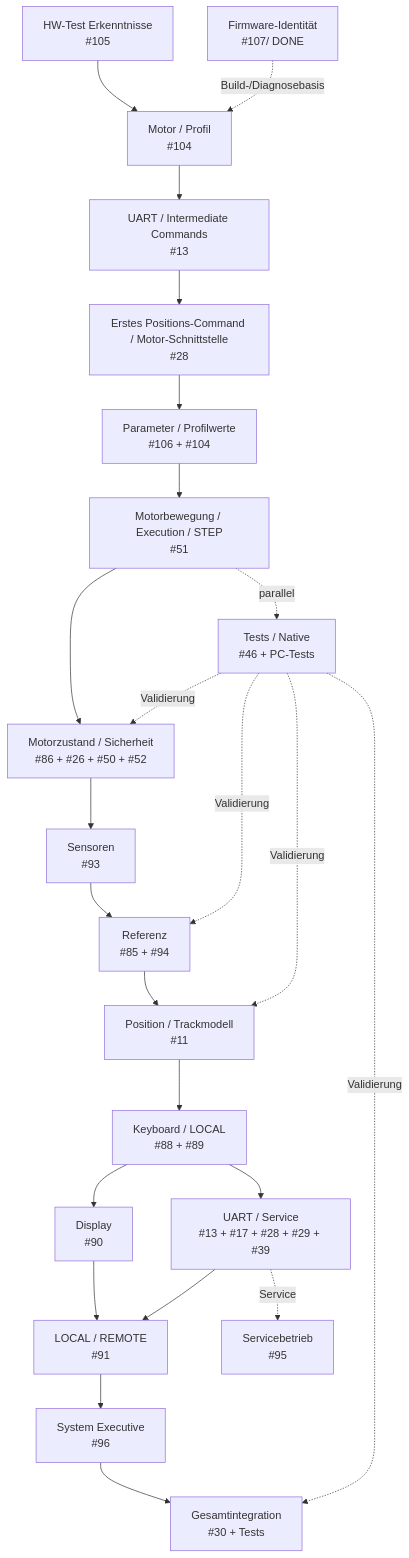
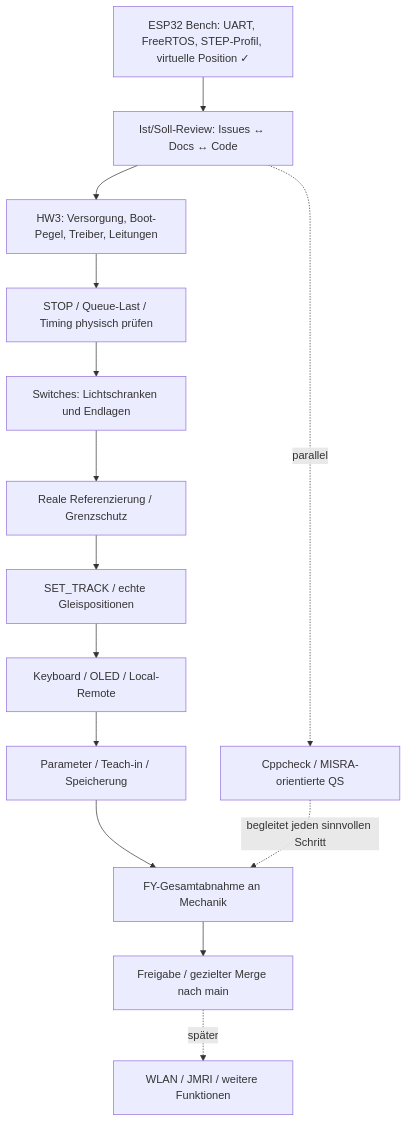
Before and after one commit to ErikaB-sys/Fiddle_yard_UVB: the diagram in Documents/FY_Productivsoftware_Roadmap.md, drawn with Mermaid. The commit also changed other lines of this file, not shown here.

Commit message:
docs(roadmap): end Nano product development and replace outlook with ESP32 plan

````diff
--- a/Documents/FY_Productivsoftware_Roadmap.md
+++ b/Documents/FY_Productivsoftware_Roadmap.md
@@ -92,29 +90,16 @@
 ```mermaid
 flowchart TD
-    A["HW-Test Erkenntnisse<br/>#105"] --> B["Motor / Profil<br/>#104"]
-    V["Firmware-Identität<br/>#107/ DONE"] -. Build-/Diagnosebasis .-> B
-
-    B --> C["UART / Intermediate Commands<br/>#13"]
-    C --> D["Erstes Positions-Command / Motor-Schnittstelle<br/>#28"]
-    D --> E["Parameter / Profilwerte<br/>#106 + #104"]
-    E --> F["Motorbewegung / Execution / STEP<br/>#51"]
-
-    F -. parallel .-> T["Tests / Native<br/>#46 + PC-Tests"]
-    F --> G["Motorzustand / Sicherheit<br/>#86 + #26 + #50 + #52"]
-    G --> H["Sensoren<br/>#93"]
-    H --> I["Referenz<br/>#85 + #94"]
-    I --> J["Position / Trackmodell<br/>#11"]
-    J --> K["Keyboard / LOCAL<br/>#88 + #89"]
-    K --> L["Display<br/>#90"]
-    K --> M["UART / Service<br/>#13 + #17 + #28 + #29 + #39"]
-    L --> N["LOCAL / REMOTE<br/>#91"]
-    M --> N
-    M -. Service .-> S["Servicebetrieb<br/>#95"]
-    N --> O["System Executive<br/>#96"]
-    O --> P["Gesamtintegration<br/>#30 + Tests"]
-
-    T -. Validierung .-> G
-    T -. Validierung .-> I
-    T -. Validierung .-> J
-    T -. Validierung .-> P
+    A["ESP32 Bench: UART, FreeRTOS, STEP-Profil, virtuelle Position ✓"] --> B["Ist/Soll-Review: Issues ↔ Docs ↔ Code"]
+    B --> C["HW3: Versorgung, Boot-Pegel, Treiber, Leitungen"]
+    C --> D["STOP / Queue-Last / Timing physisch prüfen"]
+    D --> E["Switches: Lichtschranken und Endlagen"]
+    E --> F["Reale Referenzierung / Grenzschutz"]
+    F --> G["SET_TRACK / echte Gleispositionen"]
+    G --> H["Keyboard / OLED / Local-Remote"]
+    H --> I["Parameter / Teach-in / Speicherung"]
+    I --> J["FY-Gesamtabnahme an Mechanik"]
+    J --> K["Freigabe / gezielter Merge nach main"]
+    B -. "parallel" .-> Q["Cppcheck / MISRA-orientierte QS"]
+    Q -. "begleitet jeden sinnvollen Schritt" .-> J
+    K -. "später" .-> W["WLAN / JMRI / weitere Funktionen"]
 ```
````
